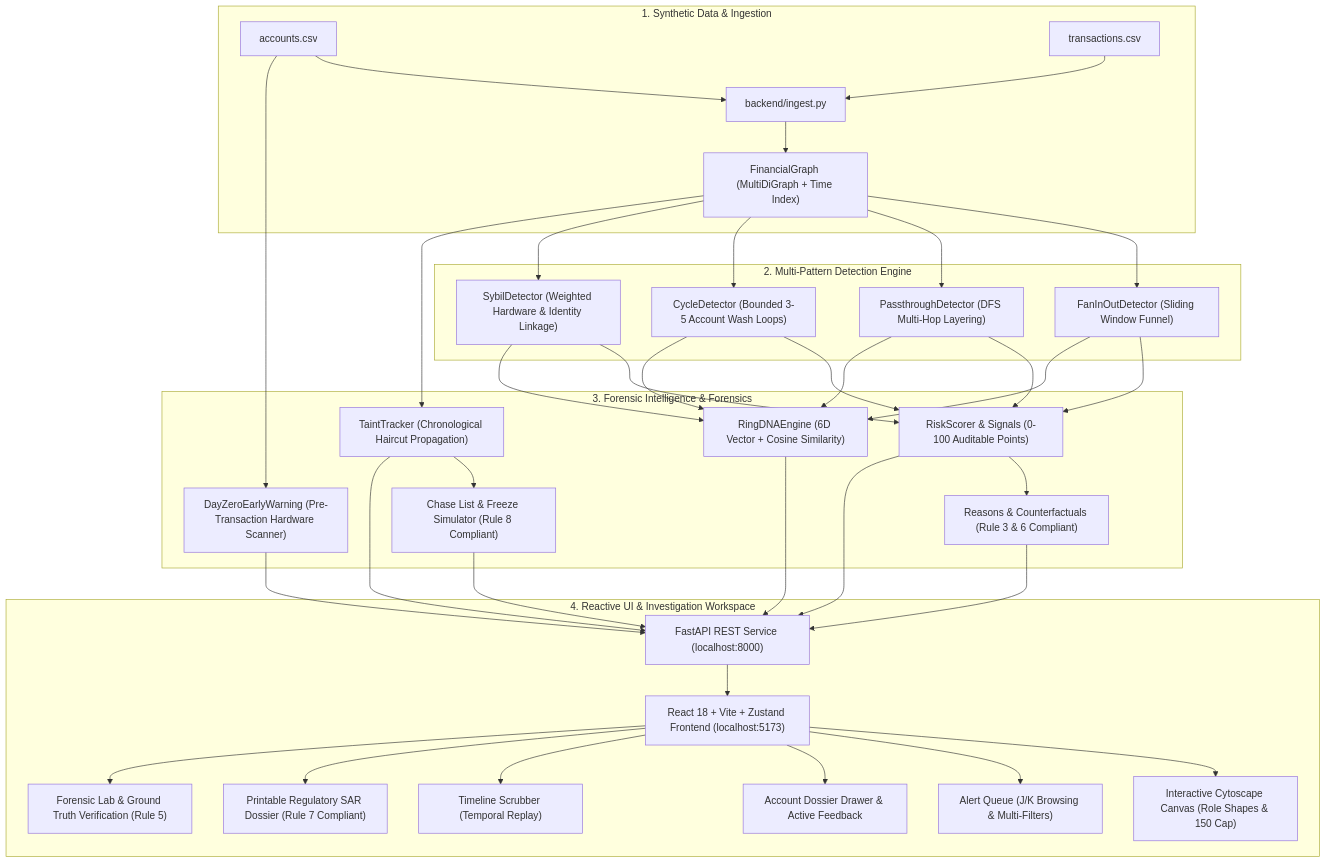
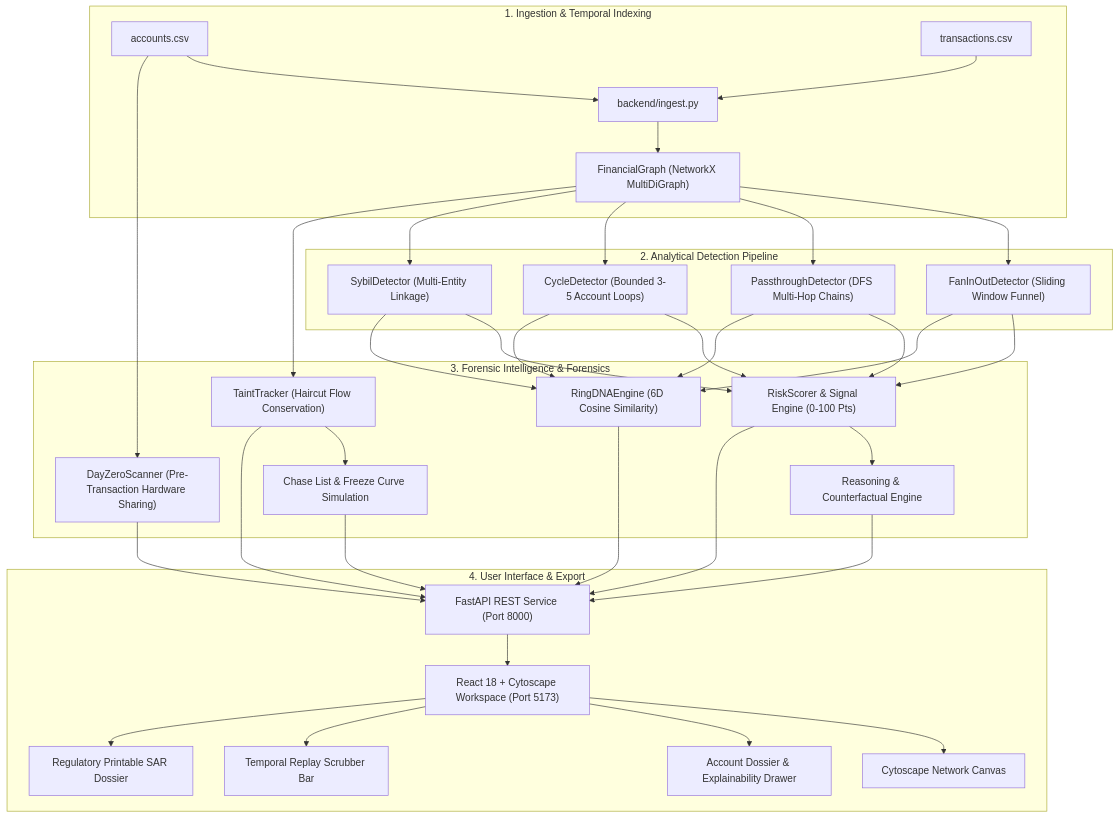
One commit to sarthaky363-ux/T38-MULETRACE changed the diagram in README.md. Above: the diagram before and after it, drawn with Mermaid. The commit also changed other lines of this file, not shown here.

````diff
--- a/README.md
+++ b/README.md
@@ -10,35 +192,33 @@
 ```mermaid
 flowchart TD
-    subgraph Data["1. Synthetic Data & Ingestion"]
-        ACC["accounts.csv"] --> ING["backend/ingest.py"]
-        TXN["transactions.csv"] --> ING
-        ING --> FG["FinancialGraph (MultiDiGraph + Time Index)"]
+    subgraph DataLayer["1. Ingestion & Temporal Indexing"]
+        A1["accounts.csv"] --> ING["backend/ingest.py"]
+        A2["transactions.csv"] --> ING
+        ING --> FG["FinancialGraph (NetworkX MultiDiGraph)"]
     end
 
-    subgraph Detectors["2. Multi-Pattern Detection Engine"]
-        FG --> DET_FAN["FanInOutDetector (Sliding Window Funnel)"]
-        FG --> DET_PASS["PassthroughDetector (DFS Multi-Hop Layering)"]
-        FG --> DET_CYC["CycleDetector (Bounded 3-5 Account Wash Loops)"]
-        FG --> DET_SYB["SybilDetector (Weighted Hardware & Identity Linkage)"]
+    subgraph Detectors["2. Analytical Detection Pipeline"]
+        FG --> D1["FanInOutDetector (Sliding Window Funnel)"]
+        FG --> D2["PassthroughDetector (DFS Multi-Hop Chains)"]
+        FG --> D3["CycleDetector (Bounded 3-5 Account Loops)"]
+        FG --> D4["SybilDetector (Multi-Entity Linkage)"]
     end
 
     subgraph Intelligence["3. Forensic Intelligence & Forensics"]
-        DET_FAN & DET_PASS & DET_CYC & DET_SYB --> SCORER["RiskScorer & Signals (0-100 Auditable Points)"]
-        SCORER --> EXP["Reasons & Counterfactuals (Rule 3 & 6 Compliant)"]
-        FG --> TAINT["TaintTracker (Chronological Haircut Propagation)"]
-        TAINT --> CHASE["Chase List & Freeze Simulator (Rule 8 Compliant)"]
-        DET_FAN & DET_PASS & DET_CYC & DET_SYB --> RDNA["RingDNAEngine (6D Vector + Cosine Similarity)"]
-        ACC --> DZ["DayZeroEarlyWarning (Pre-Transaction Hardware Scanner)"]
+        D1 & D2 & D3 & D4 --> SCORER["RiskScorer & Signal Engine (0-100 Pts)"]
+        SCORER --> EXP["Reasoning & Counterfactual Engine"]
+        FG --> TAINT["TaintTracker (Haircut Flow Conservation)"]
+        TAINT --> CHASE["Chase List & Freeze Curve Simulation"]
+        D1 & D2 & D3 & D4 --> RDNA["RingDNAEngine (6D Cosine Similarity)"]
+        A1 --> DZ["DayZeroScanner (Pre-Transaction Hardware Sharing)"]
     end
 
-    subgraph Presentation["4. Reactive UI & Investigation Workspace"]
-        SCORER & EXP & TAINT & CHASE & RDNA & DZ --> API["FastAPI REST Service (localhost:8000)"]
-        API --> FE["React 18 + Vite + Zustand Frontend (localhost:5173)"]
-        FE --> UI_GRAPH["Interactive Cytoscape Canvas (Role Shapes & 150 Cap)"]
-        FE --> UI_QUEUE["Alert Queue (J/K Browsing & Multi-Filters)"]
-        FE --> UI_DRAWER["Account Dossier Drawer & Active Feedback"]
-        FE --> UI_SCRUB["Timeline Scrubber (Temporal Replay)"]
-        FE --> UI_SAR["Printable Regulatory SAR Dossier (Rule 7 Compliant)"]
-        FE --> UI_LAB["Forensic Lab & Ground Truth Verification (Rule 5)"]
+    subgraph Delivery["4. User Interface & Export"]
+        SCORER & EXP & TAINT & CHASE & RDNA & DZ --> API["FastAPI REST Service (Port 8000)"]
+        API --> UI["React 18 + Cytoscape Workspace (Port 5173)"]
+        UI --> M1["Cytoscape Network Canvas"]
+        UI --> M2["Account Dossier & Explainability Drawer"]
+        UI --> M3["Temporal Replay Scrubber Bar"]
+        UI --> M4["Regulatory Printable SAR Dossier"]
     end
 ```
````
